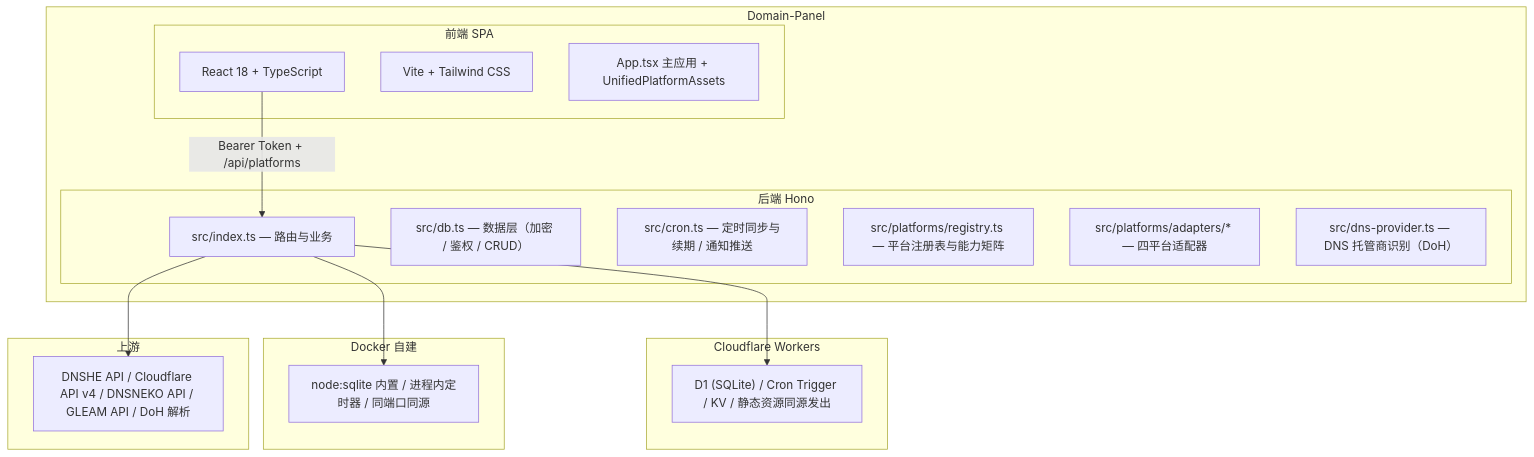
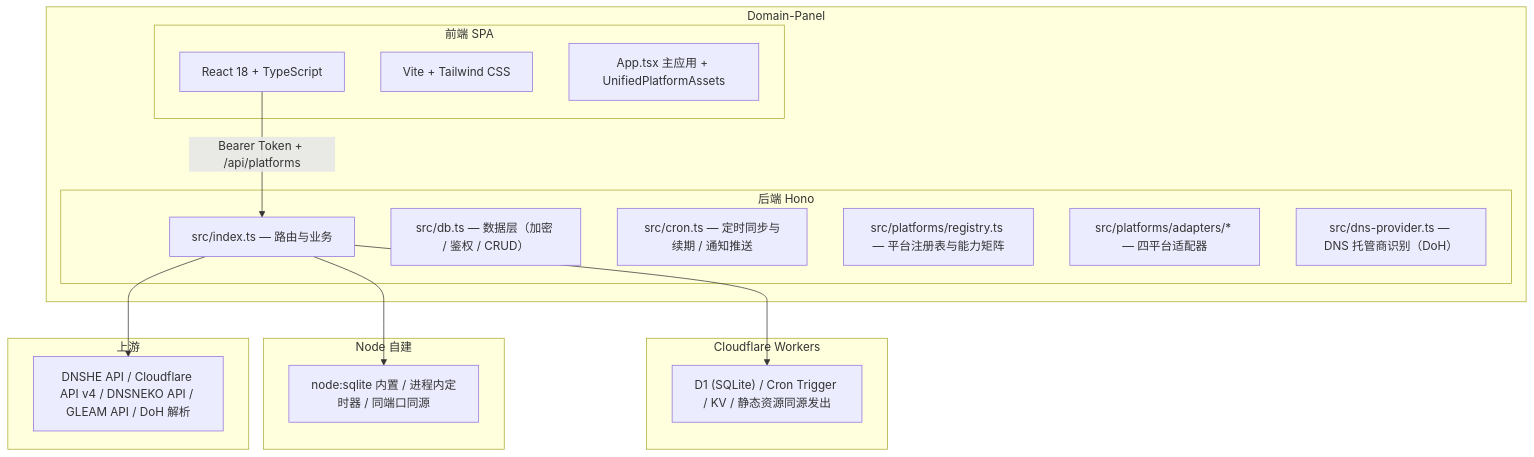
One commit to sufans/Domain-Panel changed the diagram in README.md. Above: the diagram before and after it, drawn with Mermaid. The commit also changed other lines of this file and 29 other files, not shown here.

````diff
--- a/README.md
+++ b/README.md
@@ -105,37 +86,37 @@
 ```mermaid
 graph TD
     subgraph Domain-Panel
         subgraph 前端 SPA
             A1["React 18 + TypeScript"]
             A2["Vite + Tailwind CSS"]
             A3["App.tsx 主应用 + UnifiedPlatformAssets"]
         end
 
         subgraph 后端 Hono
             B1["src/index.ts — 路由与业务"]
             B2["src/db.ts — 数据层（加密 / 鉴权 / CRUD）"]
             B3["src/cron.ts — 定时同步与续期 / 通知推送"]
             B4["src/platforms/registry.ts — 平台注册表与能力矩阵"]
             B5["src/platforms/adapters/* — 四平台适配器"]
             B6["src/dns-provider.ts — DNS 托管商识别（DoH）"]
         end
 
         A1 -->|Bearer Token + /api/platforms| B1
     end
 
     B1 --> C1
     B1 --> C2
     B1 --> C3
 
     subgraph Cloudflare Workers
         C1["D1 (SQLite) / Cron Trigger / KV / 静态资源同源发出"]
     end
 
-    subgraph Docker 自建
+    subgraph Node 自建
         C2["node:sqlite 内置 / 进程内定时器 / 同端口同源"]
     end
 
     subgraph 上游
         C3["DNSHE API / Cloudflare API v4 / DNSNEKO API / GLEAM API / DoH 解析"]
     end
 ```
````
